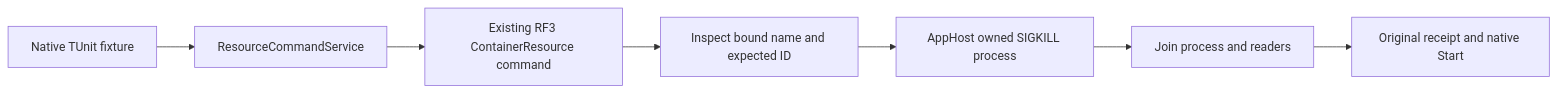
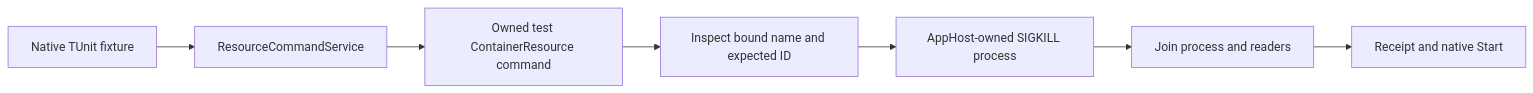
One commit to managedcode/KeyLoad changed the diagram in docs/Features/ClusterReplication/AspireOwnedFaultCommands.md. Above: the diagram before and after it, drawn with Mermaid. The commit also changed other lines of this file and 7356 other files, not shown here.

````diff
--- a/docs/Features/ClusterReplication/AspireOwnedFaultCommands.md
+++ b/docs/Features/ClusterReplication/AspireOwnedFaultCommands.md
@@ -13,9 +15,9 @@
 ```mermaid
 flowchart LR
     T[Native TUnit fixture] --> C[ResourceCommandService]
-    C --> R[Existing RF3 ContainerResource command]
+    C --> R[Owned test ContainerResource command]
     R --> I[Inspect bound name and expected ID]
-    I --> K[AppHost owned SIGKILL process]
+    I --> K[AppHost-owned SIGKILL process]
     K --> J[Join process and readers]
-    J --> E[Original receipt and native Start]
+    J --> E[Receipt and native Start]
 ```
````
